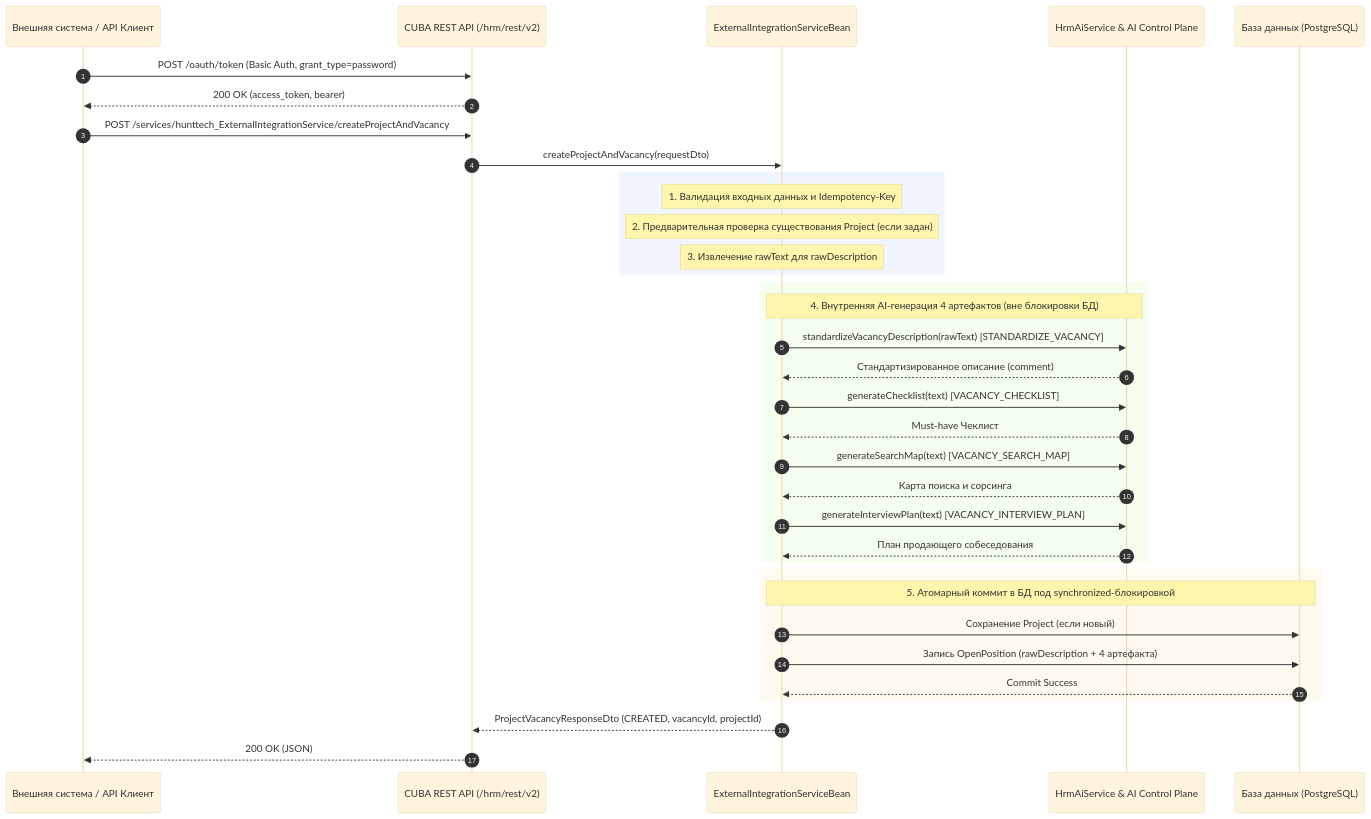
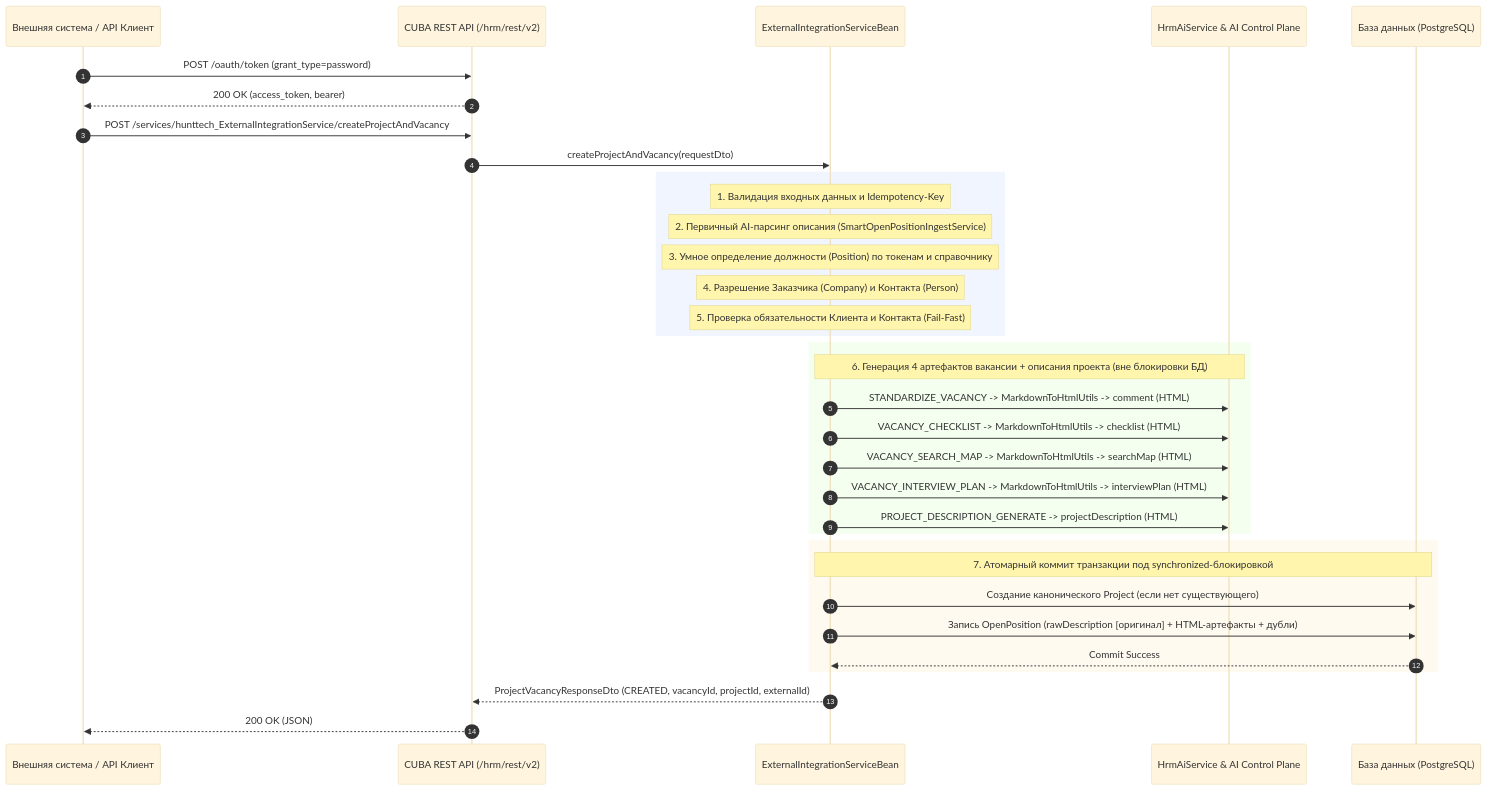
Before and after one commit to aananyev/it-pearls-recruiting: the diagram in docs/integrations/VACANCY_API_AI_INGEST_INTEGRATION.md, drawn with Mermaid (base theme). The commit also changed other lines of this file and 5 other files, not shown here.

Commit message:
feat(api): трансформация Markdown в HTML, умное AI-определение должности, автосоздание проектов по корпоративному шаблону и классификация ошибок

````diff
--- a/docs/integrations/VACANCY_API_AI_INGEST_INTEGRATION.md
+++ b/docs/integrations/VACANCY_API_AI_INGEST_INTEGRATION.md
@@ -29,43 +37,42 @@
 ```mermaid
 sequenceDiagram
     autonumber
     participant Ext as Внешняя система / API Клиент
     participant REST as CUBA REST API (/hrm/rest/v2)
     participant Svc as ExternalIntegrationServiceBean
     participant AI as HrmAiService & AI Control Plane
     participant DB as База данных (PostgreSQL)
 
-    Ext->>REST: POST /oauth/token (Basic Auth, grant_type=password)
+    Ext->>REST: POST /oauth/token (grant_type=password)
     REST-->>Ext: 200 OK (access_token, bearer)
 
     Ext->>REST: POST /services/hunttech_ExternalIntegrationService/createProjectAndVacancy
     REST->>Svc: createProjectAndVacancy(requestDto)
     
     rect rgb(240, 245, 255)
         Note over Svc: 1. Валидация входных данных и Idempotency-Key
-        Note over Svc: 2. Предварительная проверка существования Project (если задан)
-        Note over Svc: 3. Извлечение rawText для rawDescription
+        Note over Svc: 2. Первичный AI-парсинг описания (SmartOpenPositionIngestService)
+        Note over Svc: 3. Умное определение должности (Position) по токенам и справочнику
+        Note over Svc: 4. Разрешение Заказчика (Company) и Контакта (Person)
+        Note over Svc: 5. Проверка обязательности Клиента и Контакта (Fail-Fast)
     end
 
     rect rgb(245, 255, 240)
-        Note over Svc, AI: 4. Внутренняя AI-генерация 4 артефактов (вне блокировки БД)
-        Svc->>AI: standardizeVacancyDescription(rawText) [STANDARDIZE_VACANCY]
-        AI-->>Svc: Стандартизированное описание (comment)
-        Svc->>AI: generateChecklist(text) [VACANCY_CHECKLIST]
-        AI-->>Svc: Must-have Чеклист
-        Svc->>AI: generateSearchMap(text) [VACANCY_SEARCH_MAP]
-        AI-->>Svc: Карта поиска и сорсинга
-        Svc->>AI: generateInterviewPlan(text) [VACANCY_INTERVIEW_PLAN]
-        AI-->>Svc: План продающего собеседования
+        Note over Svc, AI: 6. Генерация 4 артефактов вакансии + описания проекта (вне блокировки БД)
+        Svc->>AI: STANDARDIZE_VACANCY -> MarkdownToHtmlUtils -> comment (HTML)
+        Svc->>AI: VACANCY_CHECKLIST -> MarkdownToHtmlUtils -> checklist (HTML)
+        Svc->>AI: VACANCY_SEARCH_MAP -> MarkdownToHtmlUtils -> searchMap (HTML)
+        Svc->>AI: VACANCY_INTERVIEW_PLAN -> MarkdownToHtmlUtils -> interviewPlan (HTML)
+        Svc->>AI: PROJECT_DESCRIPTION_GENERATE -> projectDescription (HTML)
     end
 
     rect rgb(255, 250, 240)
-        Note over Svc, DB: 5. Атомарный коммит в БД под synchronized-блокировкой
-        Svc->>DB: Сохранение Project (если новый)
-        Svc->>DB: Запись OpenPosition (rawDescription + 4 артефакта)
+        Note over Svc, DB: 7. Атомарный коммит транзакции под synchronized-блокировкой
+        Svc->>DB: Создание канонического Project (если нет существующего)
+        Svc->>DB: Запись OpenPosition (rawDescription [оригинал] + HTML-артефакты + дубли)
         DB-->>Svc: Commit Success
     end
 
-    Svc-->>REST: ProjectVacancyResponseDto (CREATED, vacancyId, projectId)
+    Svc-->>REST: ProjectVacancyResponseDto (CREATED, vacancyId, projectId, externalId)
     REST-->>Ext: 200 OK (JSON)
 ```
````
